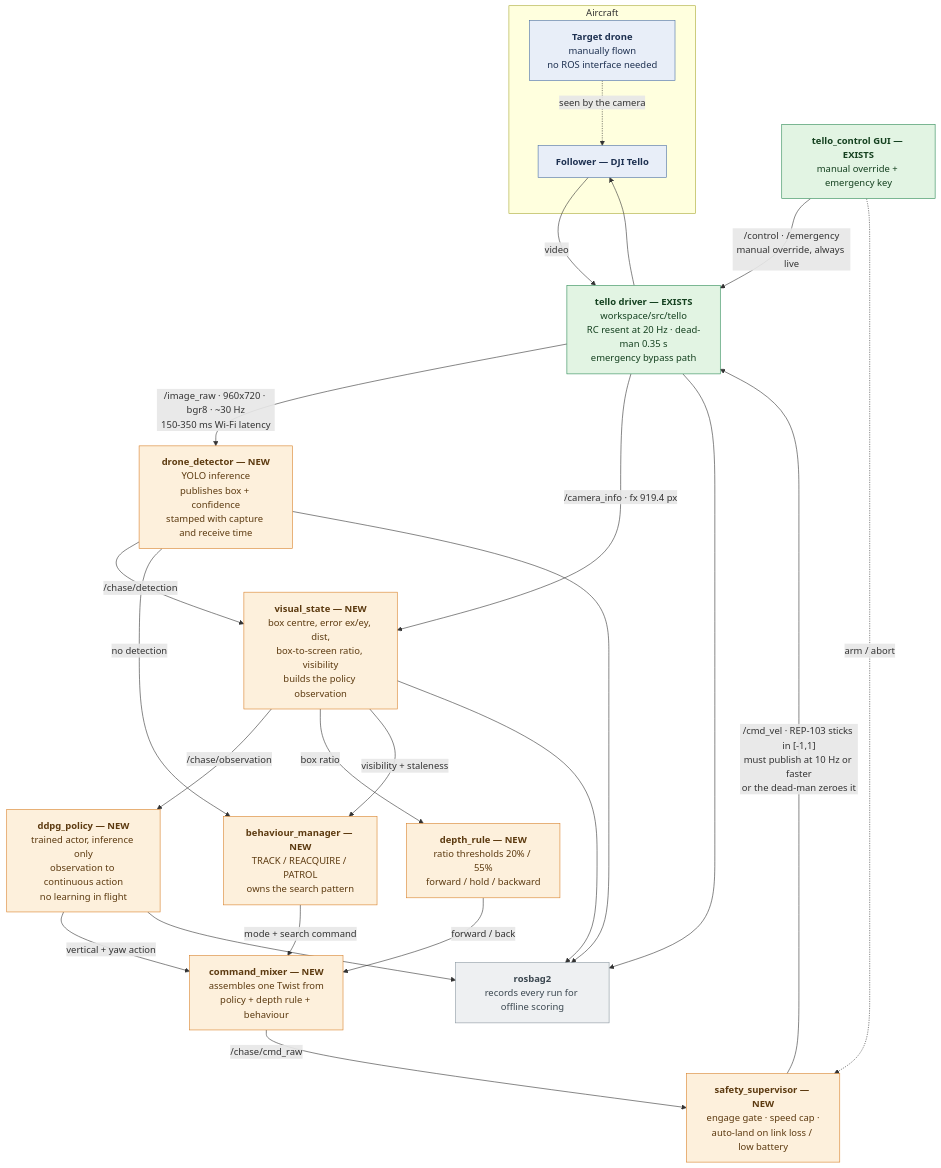
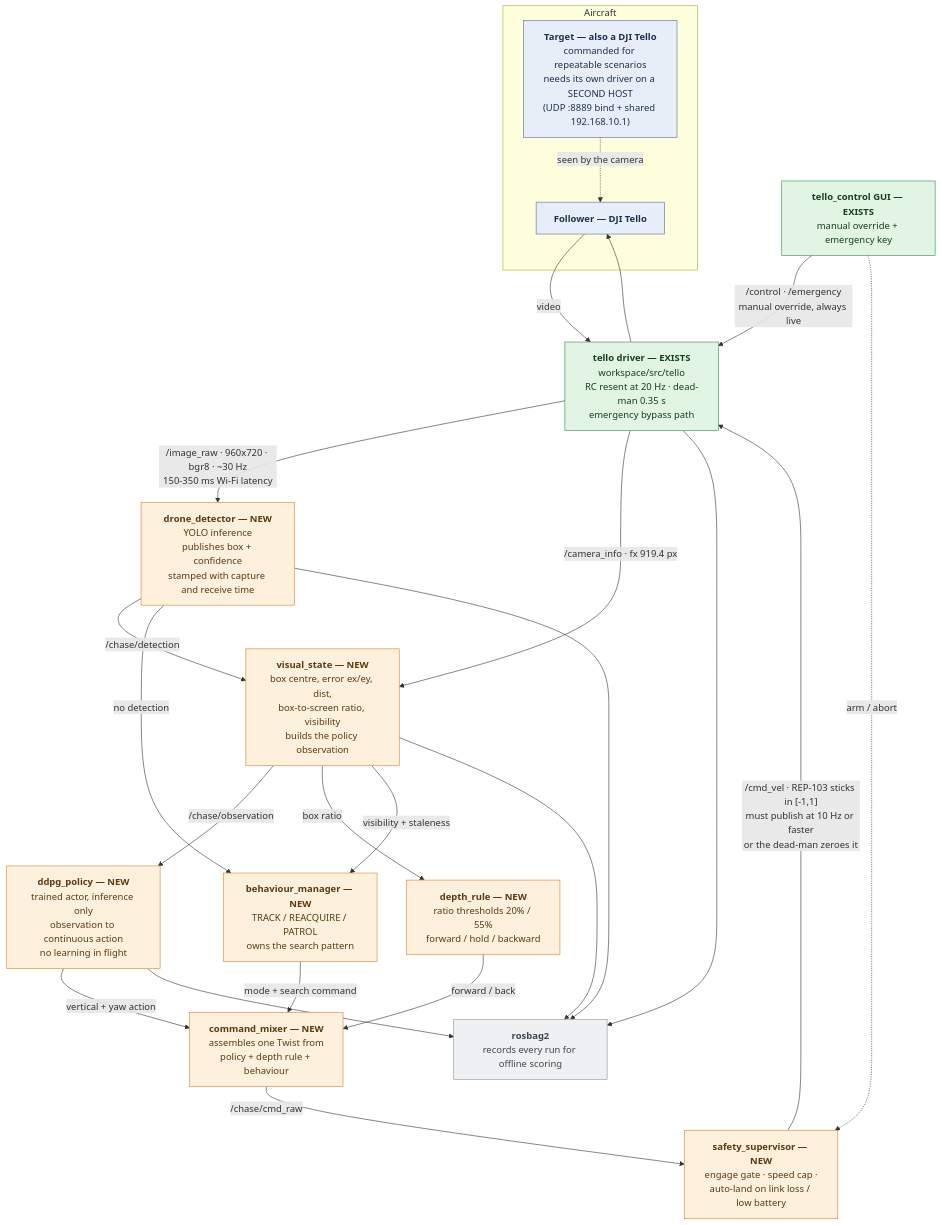
One commit to roeytoo-111/tello-vio changed the fourth of 6 diagrams in docs/drone_chasing_rl/block_diagram.md. Above: the diagram before and after it, drawn with Mermaid. The commit also changed other lines of this file and 2 other files, not shown here.

````diff
--- a/docs/drone_chasing_rl/block_diagram.md
+++ b/docs/drone_chasing_rl/block_diagram.md
@@ -215,47 +222,47 @@
 ```mermaid
 flowchart TB
     subgraph AIR["Aircraft"]
         TELLO["<b>Follower — DJI Tello</b>"]:::phys
-        TARGET["<b>Target drone</b><br/>manually flown<br/>no ROS interface needed"]:::phys
+        TARGET["<b>Target — also a DJI Tello</b><br/>commanded for repeatable scenarios<br/>needs its own driver on a SECOND HOST<br/>(UDP :8889 bind + shared 192.168.10.1)"]:::phys
     end
 
     DRV["<b>tello driver — EXISTS</b><br/>workspace/src/tello<br/>RC resent at 20 Hz · dead-man 0.35 s<br/>emergency bypass path"]:::exist
 
     DET["<b>drone_detector — NEW</b><br/>YOLO inference<br/>publishes box + confidence<br/>stamped with capture and receive time"]:::new
     VS["<b>visual_state — NEW</b><br/>box centre, error ex/ey, dist,<br/>box-to-screen ratio, visibility<br/>builds the policy observation"]:::new
     POL["<b>ddpg_policy — NEW</b><br/>trained actor, inference only<br/>observation to continuous action<br/>no learning in flight"]:::new
     RULE["<b>depth_rule — NEW</b><br/>ratio thresholds 20% / 55%<br/>forward / hold / backward"]:::new
     BEH["<b>behaviour_manager — NEW</b><br/>TRACK / REACQUIRE / PATROL<br/>owns the search pattern"]:::new
     MIX["<b>command_mixer — NEW</b><br/>assembles one Twist from<br/>policy + depth rule + behaviour"]:::new
     SAFE["<b>safety_supervisor — NEW</b><br/>engage gate · speed cap ·<br/>auto-land on link loss / low battery"]:::new
     KB["<b>tello_control GUI — EXISTS</b><br/>manual override + emergency key"]:::exist
     BAG["<b>rosbag2</b><br/>records every run for offline scoring"]:::grey
 
     TARGET -. "seen by the camera" .-> TELLO
     TELLO -- "video" --> DRV
     DRV -- "/image_raw · 960x720 · bgr8 · ~30 Hz<br/>150-350 ms Wi-Fi latency" --> DET
     DRV -- "/camera_info · fx 919.4 px" --> VS
     DET -- "/chase/detection" --> VS
     DET -- "no detection" --> BEH
     VS -- "/chase/observation" --> POL
     VS -- "box ratio" --> RULE
     VS -- "visibility + staleness" --> BEH
     POL -- "vertical + yaw action" --> MIX
     RULE -- "forward / back" --> MIX
     BEH -- "mode + search command" --> MIX
     MIX -- "/chase/cmd_raw" --> SAFE
     SAFE -- "/cmd_vel · REP-103 sticks in [-1,1]<br/>must publish at 10 Hz or faster<br/>or the dead-man zeroes it" --> DRV
     KB -- "/control · /emergency<br/>manual override, always live" --> DRV
     KB -. "arm / abort" .-> SAFE
     DRV --> TELLO
 
     DET --> BAG
     VS --> BAG
     POL --> BAG
     DRV --> BAG
 
     classDef phys fill:#e8eef8,stroke:#4a6fa5,color:#1d3050
     classDef exist fill:#e2f4e3,stroke:#2e8b57,color:#14401f
     classDef new fill:#fdf0dc,stroke:#d9822b,color:#5c3a10
     classDef grey fill:#eef0f2,stroke:#8a97a0,color:#3b4750
 ```
````
